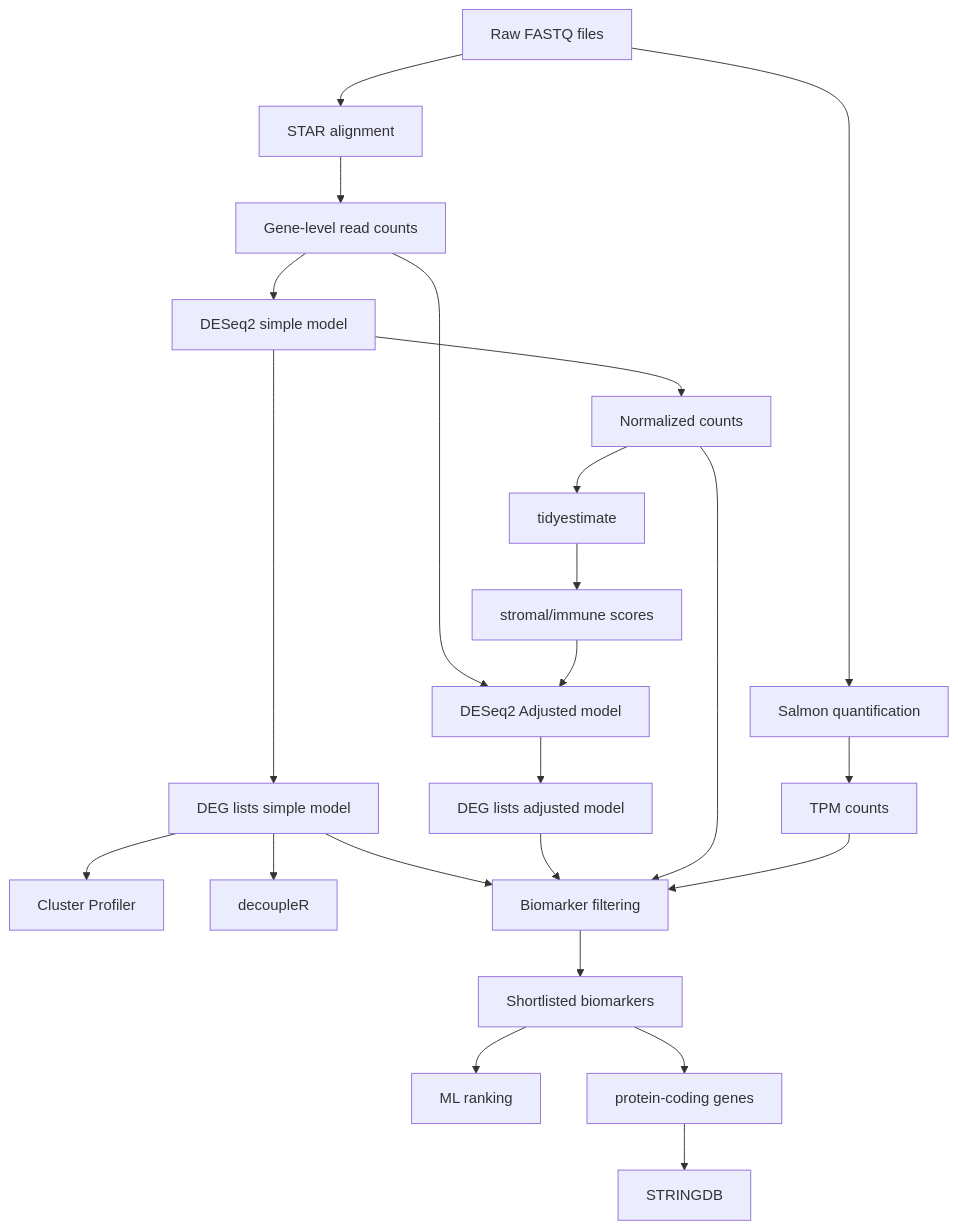
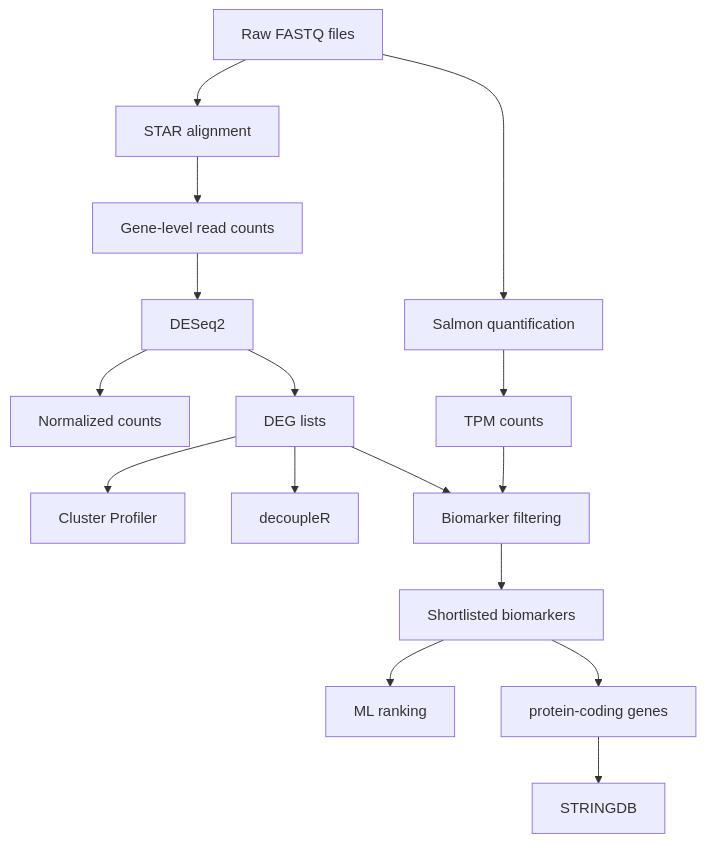
Before and after one commit to tudumanne/BulkRNAseq_Barretts: the diagram in README.md, drawn with Mermaid.

Commit message:
Updated main workflow diagram

````diff
--- a/README.md
+++ b/README.md
@@ -15,25 +15,18 @@
 ``` mermaid
 graph TD; 
     A[Raw FASTQ files]-->B[STAR alignment];
     A-->C[Salmon quantification];
     B-->D[Gene-level read counts];
-    D-->E[DESeq2 simple model];
+    D-->E[DESeq2];
     E-->F[Normalized counts];
-    E-->G[DEG lists simple model];
-    F-->H[tidyestimate];
-    H-->I[stromal/immune scores];
-    D-->J[DESeq2 Adjusted model];
-    I-->J
-    J-->K[DEG lists adjusted model];
-    G-->L[Cluster Profiler];
-    G-->M[decoupleR]; 
-    C-->N[TPM counts];
-    G-->O[Biomarker filtering];
-    K-->O;
-    F-->O;
-    N-->O;
-    O-->P[Shortlisted biomarkers]
-    P-->Q[ML ranking];
-    P-->R[protein-coding genes]
-    R-->S[STRINGDB];
+    E-->G[DEG lists];
+    G-->H[Cluster Profiler];
+    G-->I[decoupleR]; 
+    C-->J[TPM counts];
+    G-->K[Biomarker filtering];
+    J-->K;
+    K-->L[Shortlisted biomarkers]
+    L-->M[ML ranking];
+    L-->N[protein-coding genes]
+    N-->O[STRINGDB];
 ```
````
